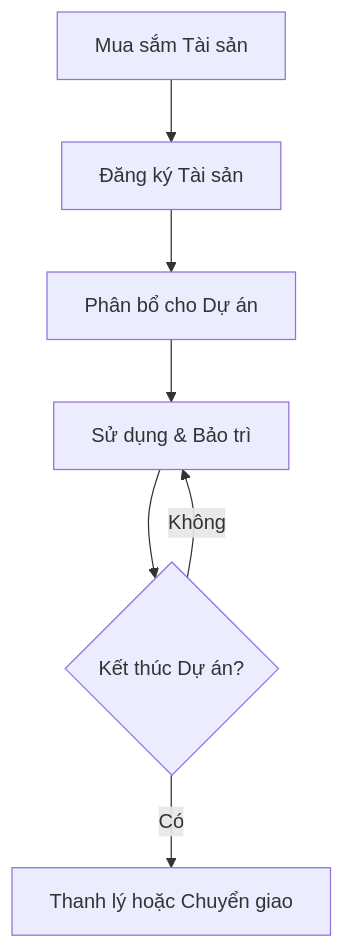
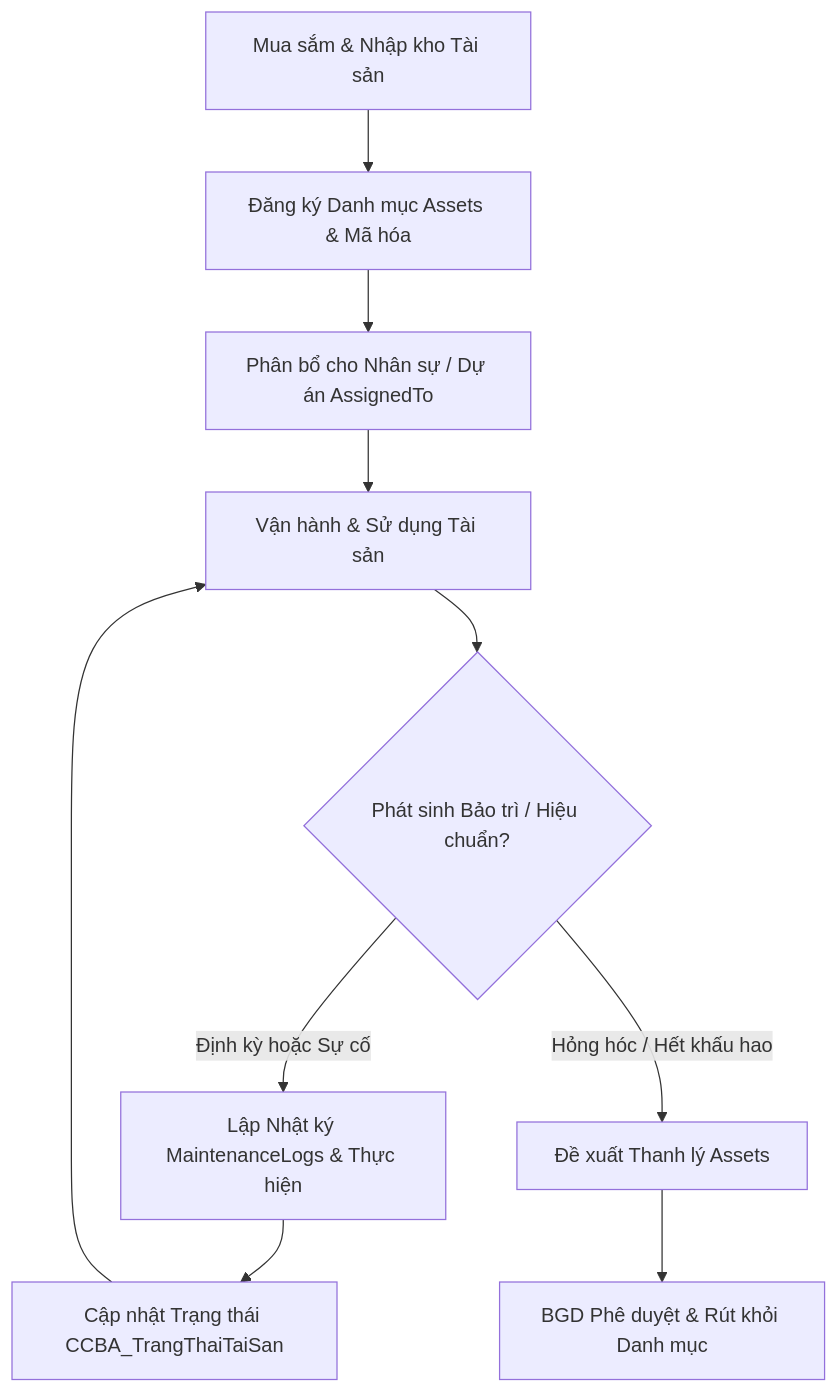
The diagram in specs/modules/people_assets/assets/spec.md (vvChu/idop-ccba-way), drawn with Mermaid before and after one commit. The commit also changed other lines of this file and 72 other files, not shown here.

````diff
--- a/specs/modules/people_assets/assets/spec.md
+++ b/specs/modules/people_assets/assets/spec.md
@@ -27,9 +56,12 @@
 ```mermaid
 flowchart TD
-    A[Mua sắm Tài sản] --> B[Đăng ký Tài sản]
-    B --> C[Phân bổ cho Dự án]
-    C --> D[Sử dụng & Bảo trì]
-    D --> E{Kết thúc Dự án?}
-    E -->|Không| D
-    E -->|Có| F[Thanh lý hoặc Chuyển giao]
+    A[Mua sắm & Nhập kho Tài sản] --> B[Đăng ký Danh mục Assets & Mã hóa]
+    B --> C[Phân bổ cho Nhân sự / Dự án AssignedTo]
+    C --> D[Vận hành & Sử dụng Tài sản]
+    D --> E{Phát sinh Bảo trì / Hiệu chuẩn?}
+    E -->|Định kỳ hoặc Sự cố| F[Lập Nhật ký MaintenanceLogs & Thực hiện]
+    F --> G[Cập nhật Trạng thái CCBA_TrangThaiTaiSan]
+    G --> D
+    E -->|Hỏng hóc / Hết khấu hao| H[Đề xuất Thanh lý Assets]
+    H --> I[BGD Phê duyệt & Rút khỏi Danh mục]
 ```
````
